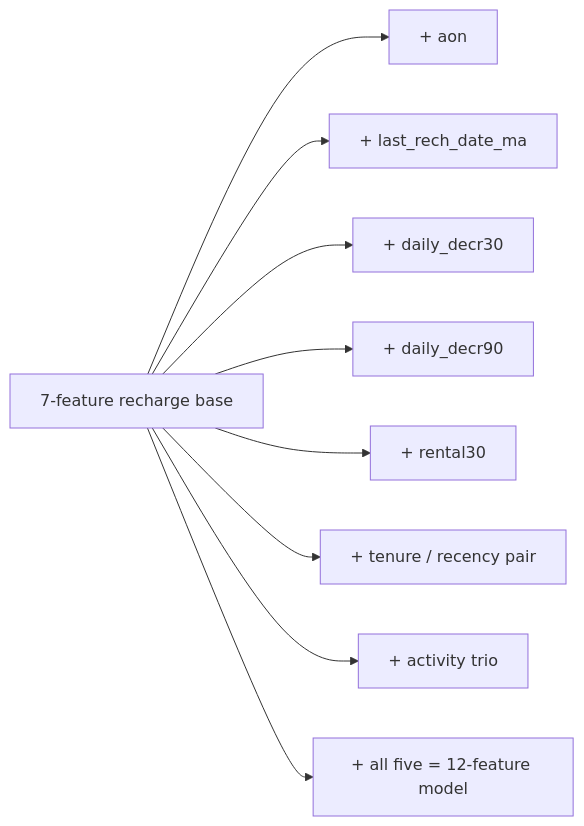
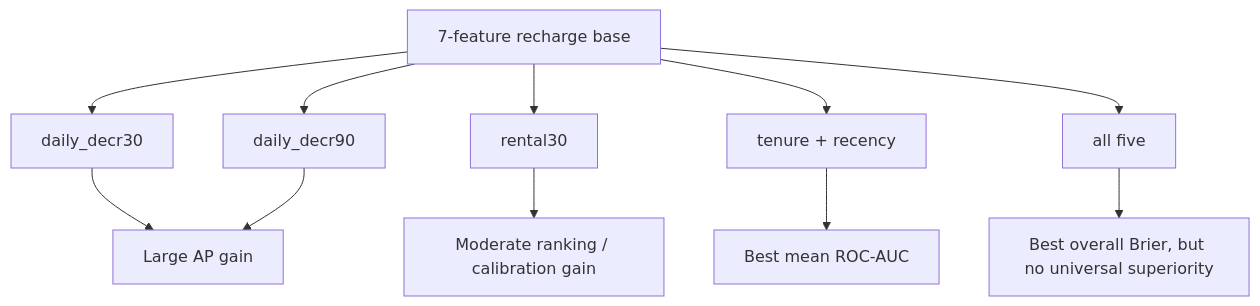
The eighth of 8 diagrams in docs/model-documentation/module4_experiment_record.md (Oyd72/telecom-delinquency-capstone), drawn with Mermaid before and after one commit. The commit also changed other lines of this file, not shown here.

````diff
--- a/docs/model-documentation/module4_experiment_record.md
+++ b/docs/model-documentation/module4_experiment_record.md
@@ -948,11 +961,14 @@
 ```mermaid
-flowchart LR
-    A[7-feature recharge base] --> B1[+ aon]
-    A --> B2[+ last_rech_date_ma]
-    A --> B3[+ daily_decr30]
-    A --> B4[+ daily_decr90]
-    A --> B5[+ rental30]
-    A --> C1[+ tenure / recency pair]
-    A --> C2[+ activity trio]
-    A --> D[+ all five = 12-feature model]
+flowchart TD
+    A[7-feature recharge base] --> B[daily_decr30]
+    A --> C[daily_decr90]
+    A --> D[rental30]
+    A --> E[tenure + recency]
+    A --> F[all five]
+
+    B --> G[Large AP gain]
+    C --> G
+    D --> H[Moderate ranking / calibration gain]
+    E --> I[Best mean ROC-AUC]
+    F --> J[Best overall Brier, but no universal superiority]
 ```
````
